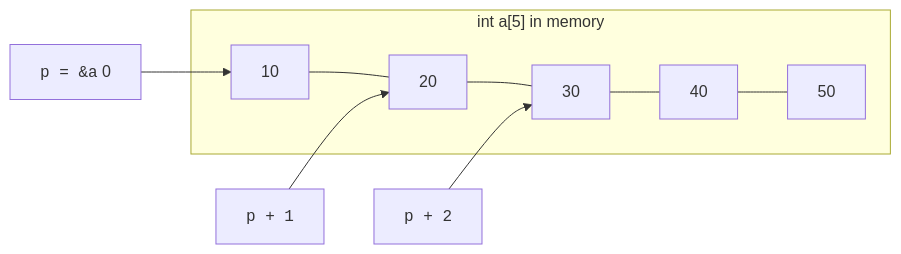
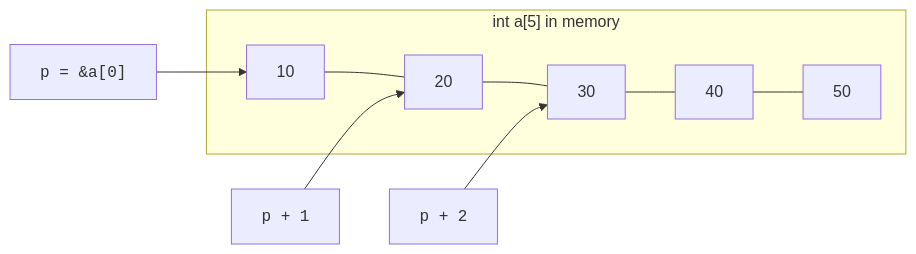
The third of 4 diagrams in content/learn/from-zero-to-cpp/pointers-and-references.mdx (dataslope/dataslope), drawn with Mermaid before and after one commit. The commit also changed other lines of this file and 10 other files, not shown here.

````diff
--- a/content/learn/from-zero-to-cpp/pointers-and-references.mdx
+++ b/content/learn/from-zero-to-cpp/pointers-and-references.mdx
@@ -217,9 +234,9 @@
 ```mermaid
 flowchart LR
     subgraph "int a[5] in memory"
         A0[10] --- A1[20] --- A2[30] --- A3[40] --- A4[50]
     end
-    P["<code>p = &amp;a</code> 0"] --> A0
+    P["<code>p = &amp;a[0]</code>"] --> A0
     PP1["<code>p + 1</code>"] --> A1
     PP2["<code>p + 2</code>"] --> A2
 ```
````
